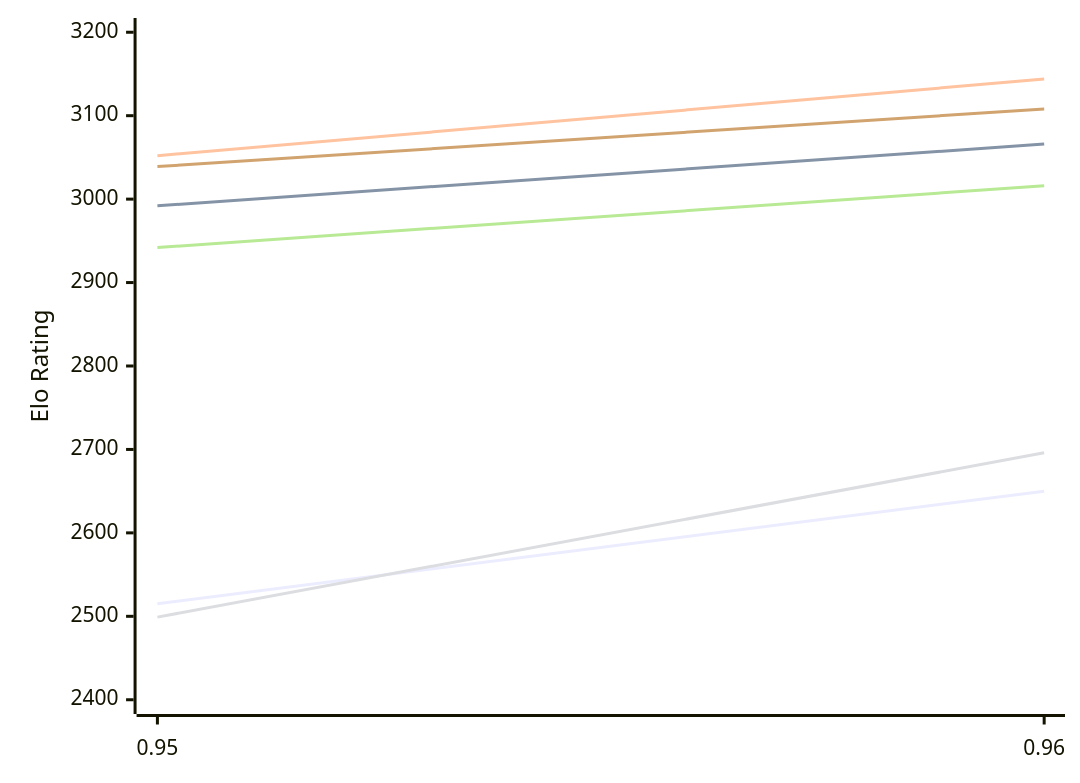
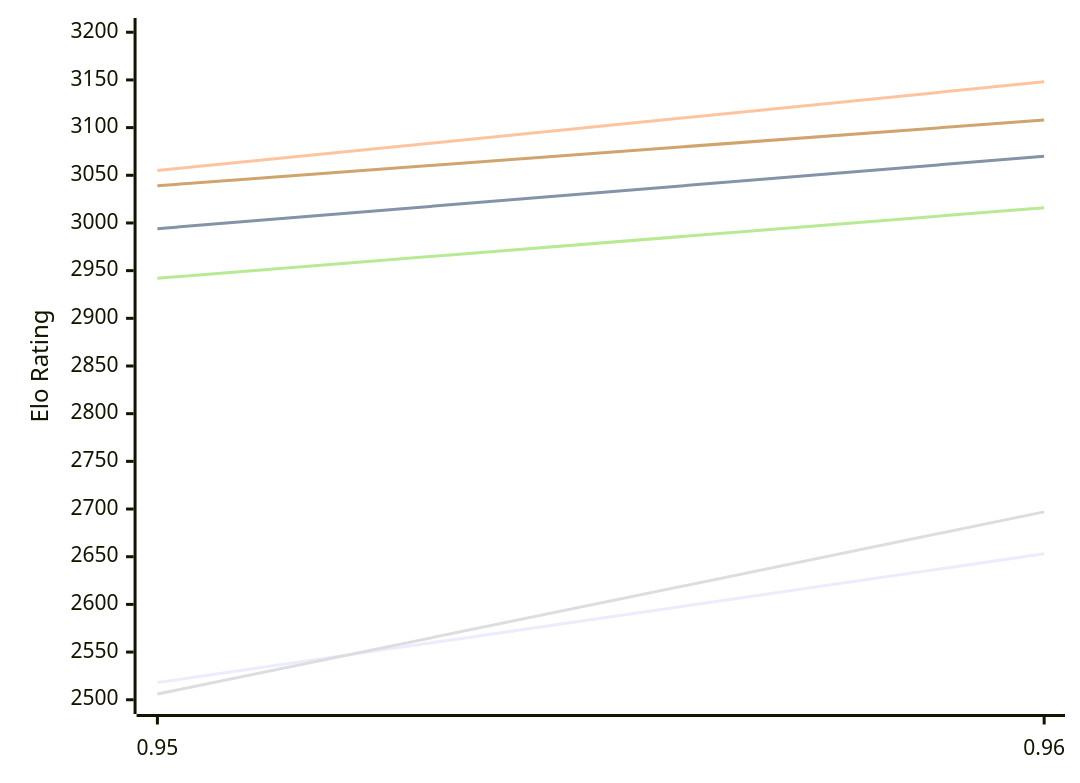
One commit to computer-chess-index/cci changed the first of 2 diagrams in engines/Myrddin.md. Above: the diagram before and after it, drawn with Mermaid. The commit also changed other lines of this file, not shown here.

Commit message:
Update CCI Ratings (ELO VLTC) - 2026-11-22

````diff
--- a/engines/Myrddin.md
+++ b/engines/Myrddin.md
@@ -51,12 +51,12 @@
 ```mermaid
 %%{init: {"theme":"base","themeVariables":{"seriesColors:['#a3a3a3','#222221','#faa371']}}}%%
 xychart-beta
   x-axis ["0.95", "0.96"]
-  y-axis "Elo Rating" 2400 --> 3200
-  line "E1: STC (8.0+0.08s)" [2515, 2650]
-  line "E1: LTC (60.0+0.60s)" [2992, 3066]
-  line "E1: VLTC (2m24s+1.12s)" [3052, 3144]
-  line "P1: STC (8.0+0.08s)" [2499, 2696]
+  y-axis "Elo Rating" 2500 --> 3200
+  line "E1: STC (8.0+0.08s)" [2518, 2653]
+  line "E1: LTC (60.0+0.60s)" [2994, 3070]
+  line "E1: VLTC (2m24s+1.12s)" [3055, 3148]
+  line "P1: STC (8.0+0.08s)" [2506, 2697]
   line "P1: LTC (60.0+0.60s)" [2942, 3016]
   line "P1: VLTC (2m24s+1.12s)" [3039, 3108]
 ```
````
